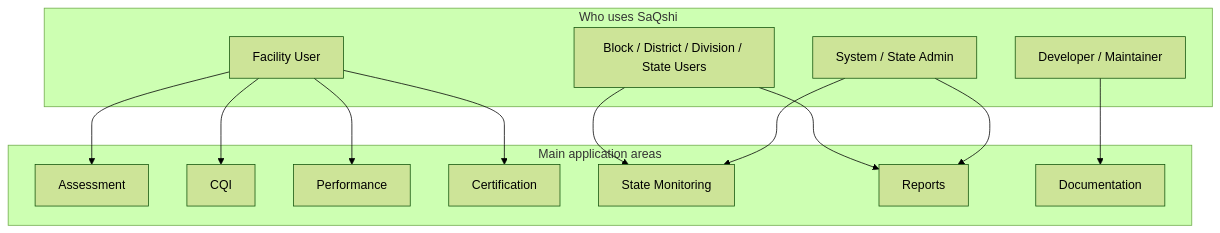
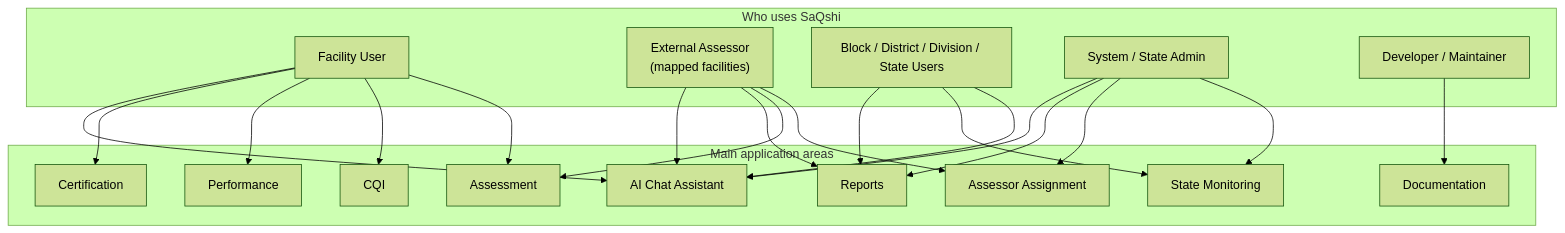
Before and after one commit to PSMRI/saQshi_open_source: the second of 10 diagrams in docs/architecture/technical_architecture.md, drawn with Mermaid (forest theme). The commit also changed other lines of this file and 243 other files, not shown here.

````diff
--- a/docs/architecture/technical_architecture.md
+++ b/docs/architecture/technical_architecture.md
@@ -56,29 +56,40 @@
 ```mermaid
 flowchart TB
     subgraph Roles["Who uses SaQshi"]
         Facility["Facility User"]
+        Assessor["External Assessor<br/>(mapped facilities)"]
         Monitoring["Block / District / Division / State Users"]
         Admin["System / State Admin"]
         Developer["Developer / Maintainer"]
     end
 
     subgraph Modules["Main application areas"]
         Assessment["Assessment"]
         CQI["CQI"]
         Performance["Performance"]
         Certification["Certification"]
         State["State Monitoring"]
         Reports["Reports"]
+        AssessorModule["Assessor Assignment"]
+        Chat["AI Chat Assistant"]
         Docs["Documentation"]
     end
 
     Facility --> Assessment
     Facility --> CQI
     Facility --> Performance
     Facility --> Certification
+    Assessor --> AssessorModule
+    Assessor --> Assessment
+    Assessor --> Reports
+    Facility --> Chat
+    Assessor --> Chat
+    Monitoring --> Chat
     Monitoring --> State
     Monitoring --> Reports
     Admin --> State
+    Admin --> AssessorModule
     Admin --> Reports
+    Admin --> Chat
     Developer --> Docs
 ```
````
